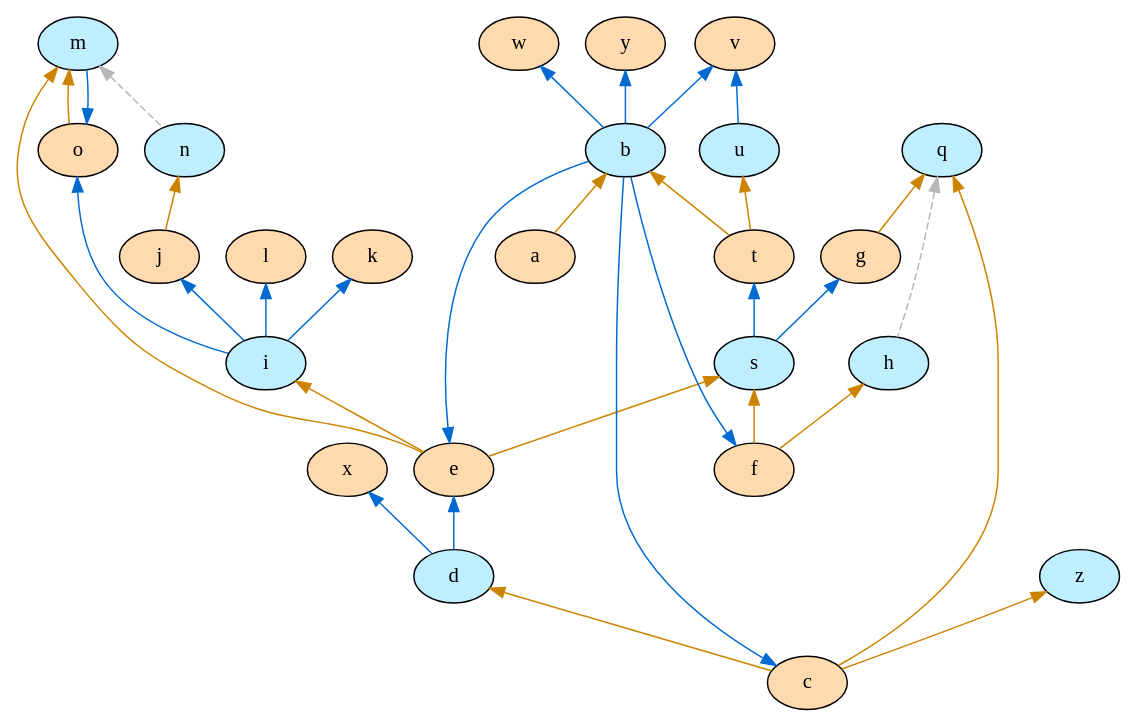
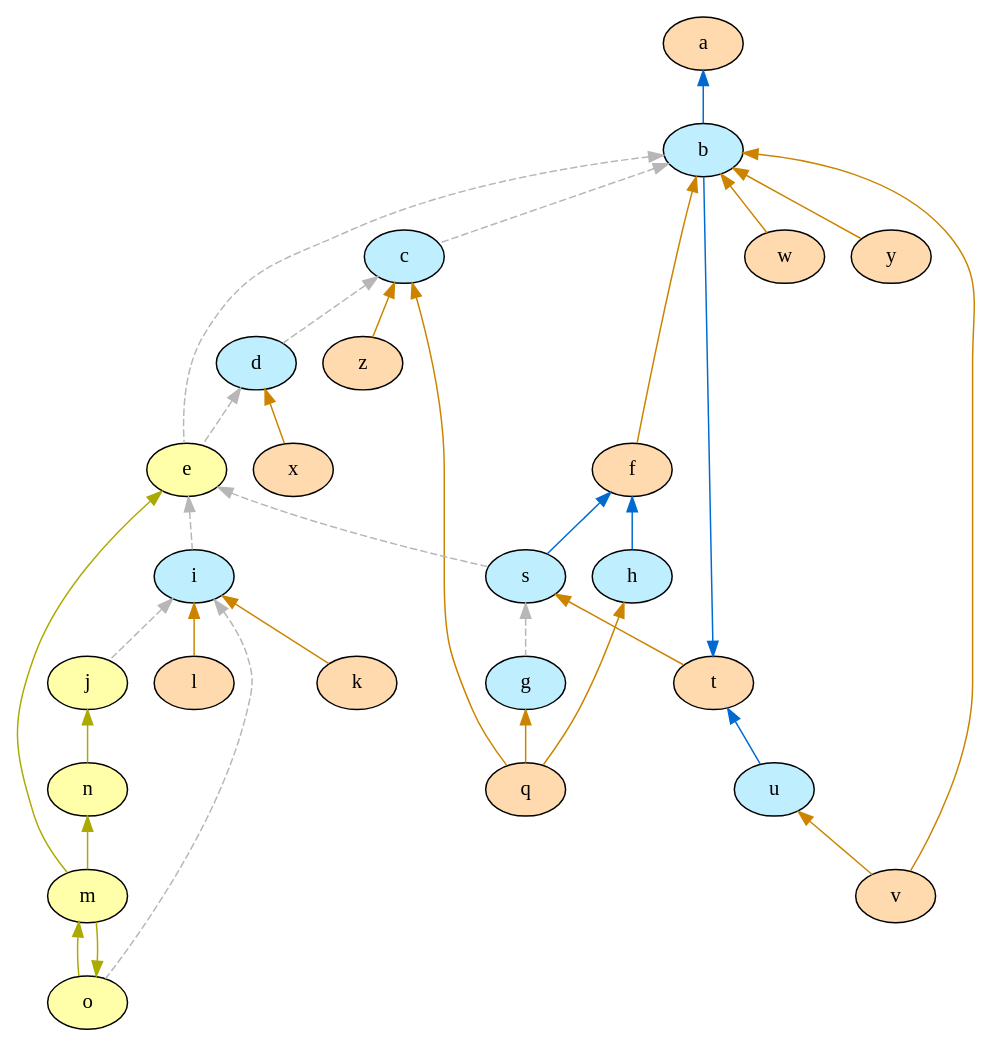
The diagram in XLoKR-2023/1-Vanilla_version/output/argu_graph_colored.dot (idaks/Games-and-Argumentation), drawn with Graphviz before and after one commit. The commit also changed 25 other files, not shown here.

Commit message:
fix the input graph

```diff
--- a/XLoKR-2023/1-Vanilla_version/output/argu_graph_colored.dot
+++ b/XLoKR-2023/1-Vanilla_version/output/argu_graph_colored.dot
@@ -1,116 +1,123 @@
 strict digraph "" {
+	a	[fillcolor="#ffdaaf",
+		style=filled];
 	b	[fillcolor="#bfefff",
 		style=filled];
-	a	[fillcolor="#ffdaaf",
+	a -> b	[color="#006ad1",
+		dir=back];
+	c	[fillcolor="#bfefff",
 		style=filled];
-	b -> a	[color="#cc8400",
+	b -> c	[color="#b7b7b7",
+		dir=back,
+		style=dashed];
+	e	[fillcolor="#FFFFAA",
+		style=filled];
+	b -> e	[color="#b7b7b7",
+		dir=back,
+		style=dashed];
+	f	[fillcolor="#ffdaaf",
+		style=filled];
+	b -> f	[color="#cc8400",
+		dir=back];
+	v	[fillcolor="#ffdaaf",
+		style=filled];
+	b -> v	[color="#cc8400",
+		dir=back];
+	w	[fillcolor="#ffdaaf",
+		style=filled];
+	b -> w	[color="#cc8400",
+		dir=back];
+	y	[fillcolor="#ffdaaf",
+		style=filled];
+	b -> y	[color="#cc8400",
+		dir=back];
+	d	[fillcolor="#bfefff",
+		style=filled];
+	c -> d	[color="#b7b7b7",
+		dir=back,
+		style=dashed];
+	q	[fillcolor="#ffdaaf",
+		style=filled];
+	c -> q	[color="#cc8400",
+		dir=back];
+	z	[fillcolor="#ffdaaf",
+		style=filled];
+	c -> z	[color="#cc8400",
+		dir=back];
+	s	[fillcolor="#bfefff",
+		style=filled];
+	e -> s	[color="#b7b7b7",
+		dir=back,
+		style=dashed];
+	i	[fillcolor="#bfefff",
+		style=filled];
+	e -> i	[color="#b7b7b7",
+		dir=back,
+		style=dashed];
+	m	[fillcolor="#FFFFAA",
+		style=filled];
+	e -> m	[color="#AAAA00",
+		dir=back];
+	f -> s	[color="#006ad1",
+		dir=back];
+	h	[fillcolor="#bfefff",
+		style=filled];
+	f -> h	[color="#006ad1",
+		dir=back];
+	d -> e	[color="#b7b7b7",
+		dir=back,
+		style=dashed];
+	x	[fillcolor="#ffdaaf",
+		style=filled];
+	d -> x	[color="#cc8400",
 		dir=back];
 	t	[fillcolor="#ffdaaf",
 		style=filled];
-	b -> t	[color="#cc8400",
+	s -> t	[color="#cc8400",
 		dir=back];
-	s	[fillcolor="#bfefff",
+	g	[fillcolor="#bfefff",
 		style=filled];
-	t -> s	[color="#006ad1",
-		dir=back];
-	e	[fillcolor="#ffdaaf",
+	s -> g	[color="#b7b7b7",
+		dir=back,
+		style=dashed];
+	j	[fillcolor="#FFFFAA",
 		style=filled];
-	s -> e	[color="#cc8400",
-		dir=back];
-	f	[fillcolor="#ffdaaf",
-		style=filled];
-	s -> f	[color="#cc8400",
-		dir=back];
-	e -> b	[color="#006ad1",
-		dir=back];
-	d	[fillcolor="#bfefff",
-		style=filled];
-	e -> d	[color="#006ad1",
-		dir=back];
-	f -> b	[color="#006ad1",
-		dir=back];
-	c	[fillcolor="#ffdaaf",
-		style=filled];
-	c -> b	[color="#006ad1",
-		dir=back];
-	d -> c	[color="#cc8400",
-		dir=back];
-	g	[fillcolor="#ffdaaf",
-		style=filled];
-	g -> s	[color="#006ad1",
-		dir=back];
-	h	[fillcolor="#bfefff",
-		style=filled];
-	h -> f	[color="#cc8400",
-		dir=back];
-	i	[fillcolor="#bfefff",
-		style=filled];
-	i -> e	[color="#cc8400",
-		dir=back];
-	j	[fillcolor="#ffdaaf",
-		style=filled];
-	j -> i	[color="#006ad1",
-		dir=back];
+	i -> j	[color="#b7b7b7",
+		dir=back,
+		style=dashed];
 	k	[fillcolor="#ffdaaf",
 		style=filled];
-	k -> i	[color="#006ad1",
+	i -> k	[color="#cc8400",
 		dir=back];
 	l	[fillcolor="#ffdaaf",
 		style=filled];
-	l -> i	[color="#006ad1",
+	i -> l	[color="#cc8400",
 		dir=back];
-	m	[fillcolor="#bfefff",
+	o	[fillcolor="#FFFFAA",
 		style=filled];
-	m -> e	[color="#cc8400",
-		dir=back];
-	o	[fillcolor="#ffdaaf",
-		style=filled];
-	m -> o	[color="#cc8400",
-		dir=back];
-	n	[fillcolor="#bfefff",
-		style=filled];
-	m -> n	[color="#b7b7b7",
+	i -> o	[color="#b7b7b7",
 		dir=back,
 		style=dashed];
-	o -> i	[color="#006ad1",
+	m -> o	[color="#AAAA00",
 		dir=back];
-	o -> m	[color="#006ad1",
+	h -> q	[color="#cc8400",
 		dir=back];
-	n -> j	[color="#cc8400",
+	t -> b	[color="#006ad1",
 		dir=back];
-	q	[fillcolor="#bfefff",
-		style=filled];
-	q -> c	[color="#cc8400",
-		dir=back];
-	q -> g	[color="#cc8400",
-		dir=back];
-	q -> h	[color="#b7b7b7",
-		dir=back,
-		style=dashed];
 	u	[fillcolor="#bfefff",
 		style=filled];
-	u -> t	[color="#cc8400",
+	t -> u	[color="#006ad1",
 		dir=back];
-	v	[fillcolor="#ffdaaf",
+	u -> v	[color="#cc8400",
+		dir=back];
+	g -> q	[color="#cc8400",
+		dir=back];
+	n	[fillcolor="#FFFFAA",
 		style=filled];
-	v -> b	[color="#006ad1",
+	j -> n	[color="#AAAA00",
 		dir=back];
-	v -> u	[color="#006ad1",
+	o -> m	[color="#AAAA00",
 		dir=back];
-	w	[fillcolor="#ffdaaf",
-		style=filled];
-	w -> b	[color="#006ad1",
-		dir=back];
-	x	[fillcolor="#ffdaaf",
-		style=filled];
-	x -> d	[color="#006ad1",
-		dir=back];
-	y	[fillcolor="#ffdaaf",
-		style=filled];
-	y -> b	[color="#006ad1",
-		dir=back];
-	z	[fillcolor="#bfefff",
-		style=filled];
-	z -> c	[color="#cc8400",
+	n -> m	[color="#AAAA00",
 		dir=back];
 }
```
